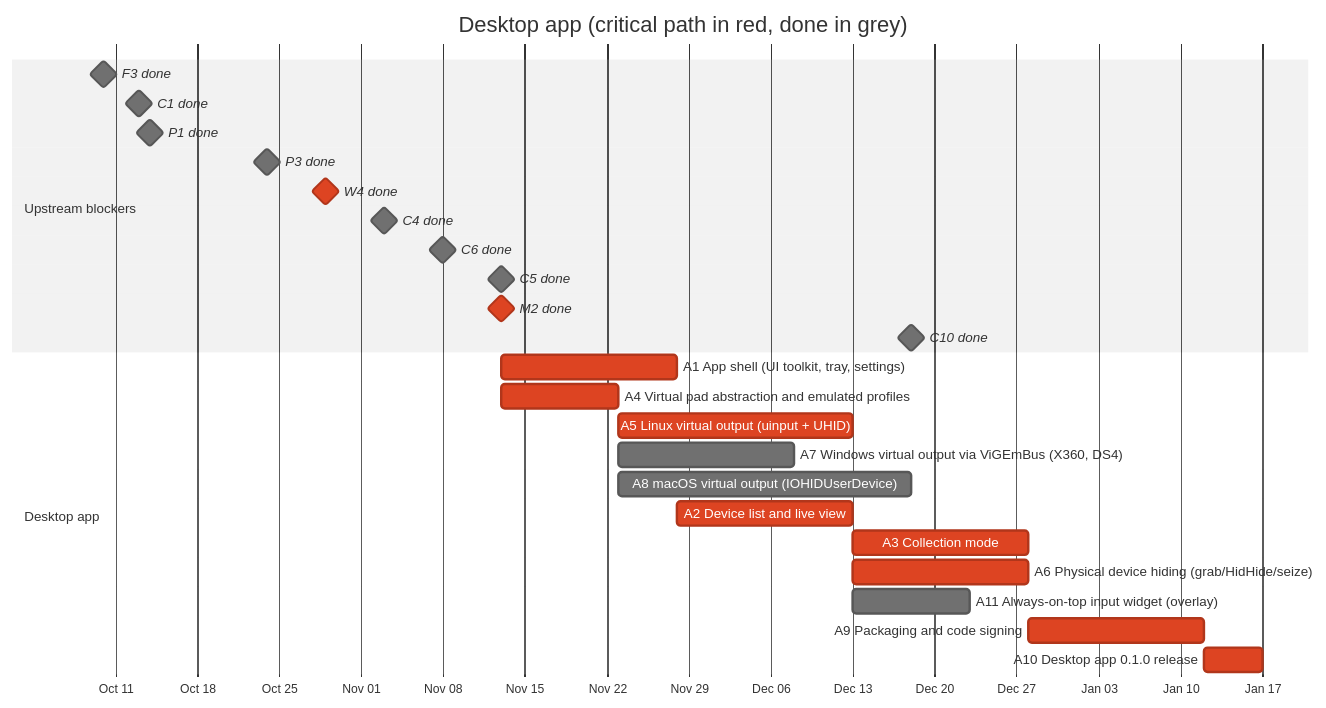
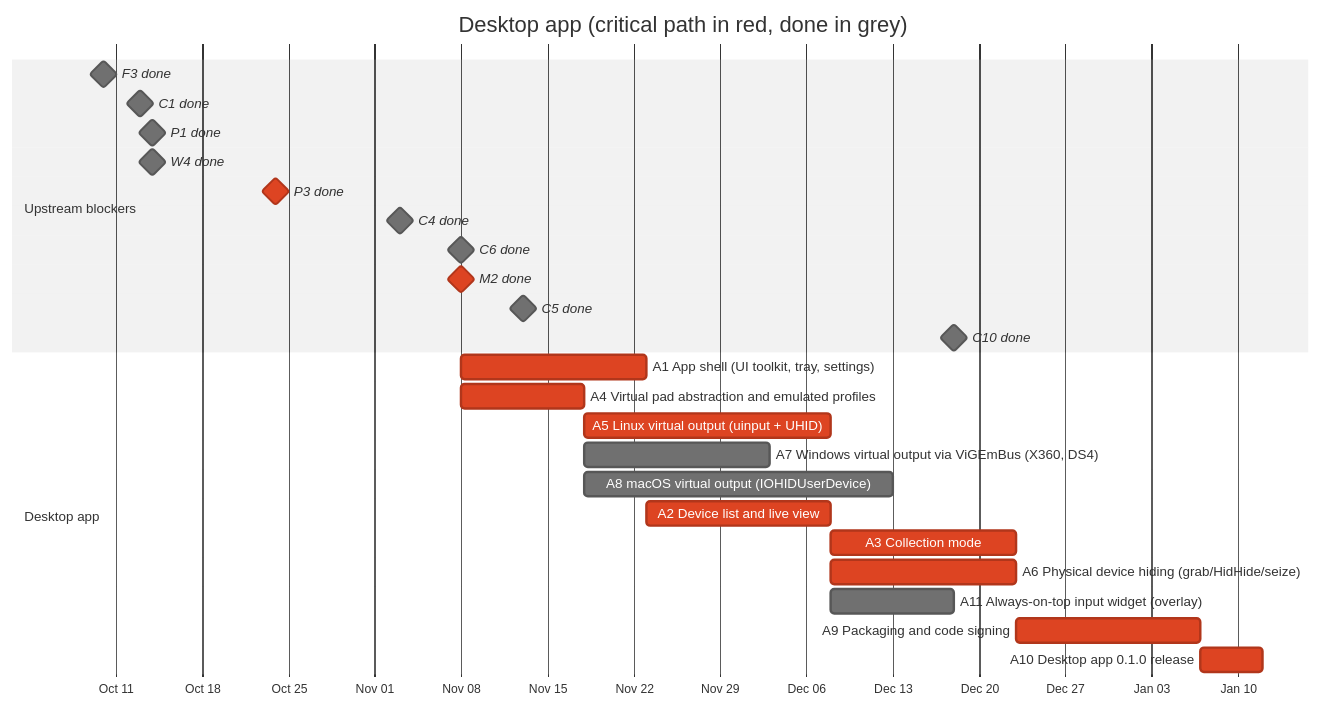
One commit to anygamepad/anygamepad.github.io changed the diagram in ROADMAP/2026-10-14/05-desktop-app.md. Above: the diagram before and after it, drawn with Mermaid (neutral theme). The commit also changed other lines of this file and 28 other files, not shown here.

````diff
--- a/ROADMAP/2026-10-14/05-desktop-app.md
+++ b/ROADMAP/2026-10-14/05-desktop-app.md
@@ -18,29 +18,29 @@
 ```mermaid
 gantt
     dateFormat YYYY-MM-DD
     axisFormat %b %d
     title Desktop app (critical path in red, done in grey)
     section Upstream blockers
     F3 done :milestone, f3, 2026-10-10, 0d
     C1 done :milestone, c1, 2026-10-13, 0d
     P1 done :milestone, p1, 2026-10-14, 0d
-    P3 done :milestone, p3, 2026-10-24, 0d
-    W4 done :milestone, crit, w4, 2026-10-29, 0d
+    W4 done :milestone, w4, 2026-10-14, 0d
+    P3 done :milestone, crit, p3, 2026-10-24, 0d
     C4 done :milestone, c4, 2026-11-03, 0d
     C6 done :milestone, c6, 2026-11-08, 0d
+    M2 done :milestone, crit, m2, 2026-11-08, 0d
     C5 done :milestone, c5, 2026-11-13, 0d
-    M2 done :milestone, crit, m2, 2026-11-13, 0d
     C10 done :milestone, c10, 2026-12-18, 0d
     section Desktop app
     A1 App shell (UI toolkit, tray, settings) :crit, a1, after f3 m2, 15d
     A4 Virtual pad abstraction and emulated profiles :crit, a4, after c1 m2, 10d
     A5 Linux virtual output (uinput + UHID) :crit, a5, after a4 c4, 20d
     A7 Windows virtual output via ViGEmBus (X360, DS4) :a7, after a4 c5, 15d
     A8 macOS virtual output (IOHIDUserDevice) :a8, after a4 c6, 25d
     A2 Device list and live view :crit, a2, after a1 c4, 15d
     A3 Collection mode :crit, a3, after a2 w4 p1 p3, 15d
     A6 Physical device hiding (grab/HidHide/seize) :crit, a6, after a5 c5 c6, 15d
     A11 Always-on-top input widget (overlay) :a11, after a2, 10d
     A9 Packaging and code signing :crit, a9, after a3 a6 a7 a8 a11, 15d
     A10 Desktop app 0.1.0 release :crit, a10, after a9 c10, 5d
 ```
````
